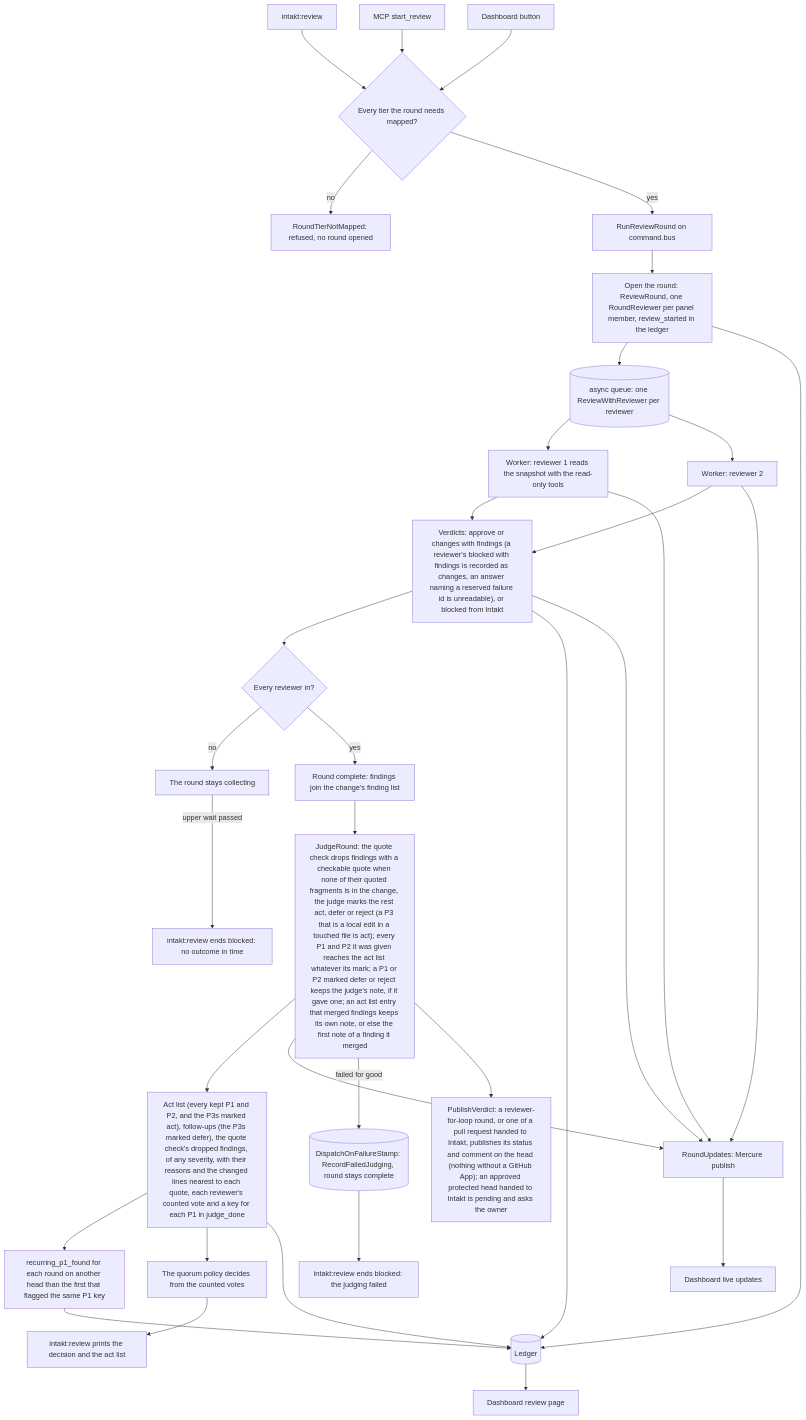
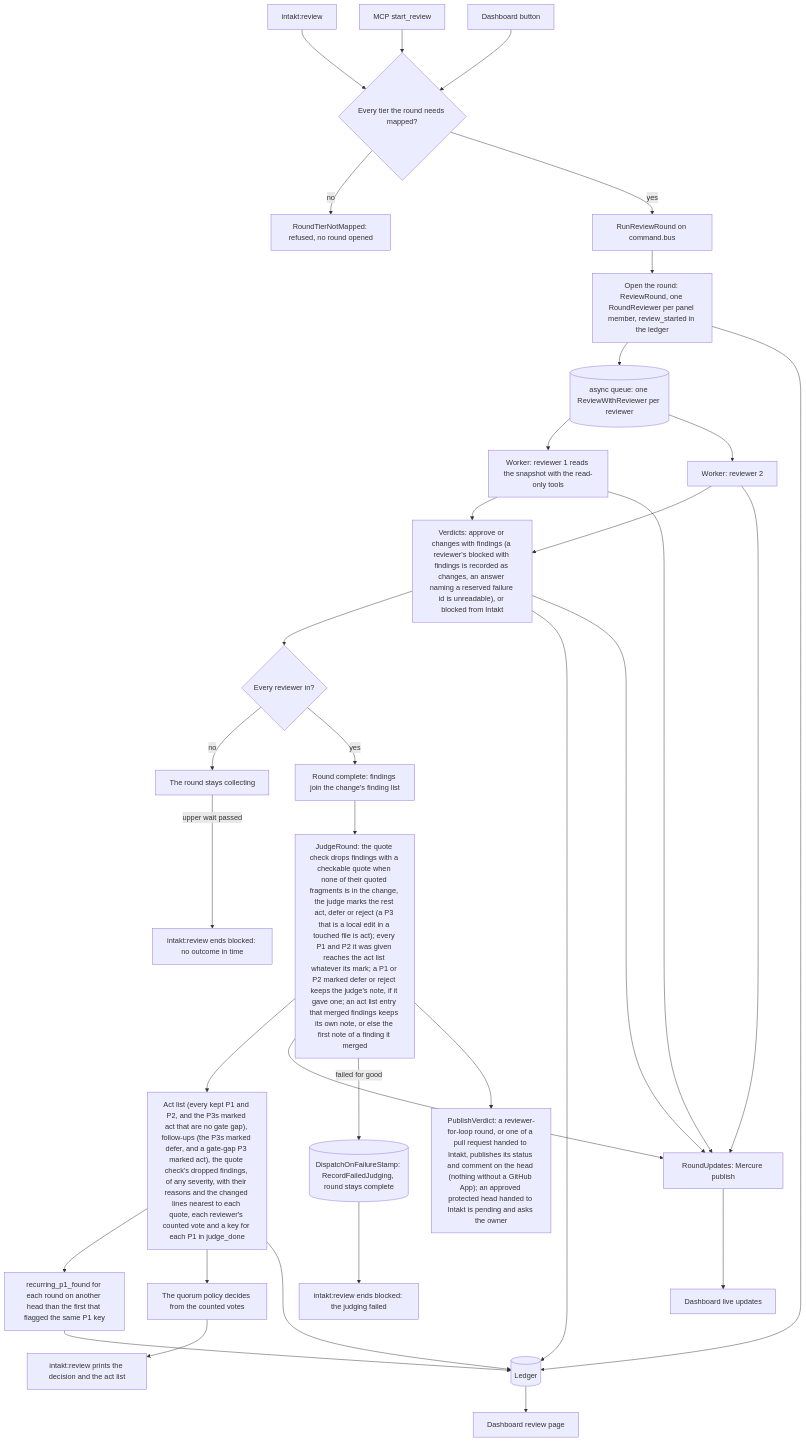
Before and after one commit to shinyredapples/intakt: the diagram in docs/architecture/review-flow.md, drawn with Mermaid. The commit also changed 1 other file, not shown here.

Commit message:
docs(review): state that a gate-gap P3 never reaches the act list in the overview

````diff
--- a/docs/architecture/review-flow.md
+++ b/docs/architecture/review-flow.md
@@ -19,35 +19,35 @@
 ```mermaid
 flowchart TD
     cli["intakt:review"] --> start
     mcp["MCP start_review"] --> start
     btn["Dashboard button"] --> start
     start{"Every tier the round needs mapped?"} -->|no| refused["RoundTierNotMapped: refused, no round opened"]
     start -->|yes| run["RunReviewRound on command.bus"] --> open["Open the round: ReviewRound, one RoundReviewer per panel member, review_started in the ledger"]
     open --> queue[("async queue: one ReviewWithReviewer per reviewer")]
     queue --> w1["Worker: reviewer 1 reads the snapshot with the read-only tools"]
     queue --> w2["Worker: reviewer 2"]
     w1 --> verdicts["Verdicts: approve or changes with findings (a reviewer's blocked with findings is recorded as changes, an answer naming a reserved failure id is unreadable), or blocked from Intakt"]
     w2 --> verdicts
     verdicts --> complete{"Every reviewer in?"}
     complete -->|no| wait["The round stays collecting"]
     complete -->|yes| collected["Round complete: findings join the change's finding list"]
     collected --> judge["JudgeRound: the quote check drops findings with a checkable quote when none of their quoted fragments is in the change, the judge marks the rest act, defer or reject (a P3 that is a local edit in a touched file is act); every P1 and P2 it was given reaches the act list whatever its mark; a P1 or P2 marked defer or reject keeps the judge's note, if it gave one; an act list entry that merged findings keeps its own note, or else the first note of a finding it merged"]
-    judge --> act["Act list (every kept P1 and P2, and the P3s marked act), follow-ups (the P3s marked defer), the quote check's dropped findings, of any severity, with their reasons and the changed lines nearest to each quote, each reviewer's counted vote and a key for each P1 in judge_done"]
+    judge --> act["Act list (every kept P1 and P2, and the P3s marked act that are no gate gap), follow-ups (the P3s marked defer, and a gate-gap P3 marked act), the quote check's dropped findings, of any severity, with their reasons and the changed lines nearest to each quote, each reviewer's counted vote and a key for each P1 in judge_done"]
     act --> recurring["recurring_p1_found for each round on another head than the first that flagged the same P1 key"]
     recurring --> ledger
     act --> quorum["The quorum policy decides from the counted votes"]
     act --> ledger[("Ledger")]
     open --> ledger
     verdicts --> ledger
     ledger --> dash["Dashboard review page"]
     w1 --> updates["RoundUpdates: Mercure publish"]
     w2 --> updates
     verdicts --> updates
     judge --> updates
     updates --> live["Dashboard live updates"]
     quorum --> out["intakt:review prints the decision and the act list"]
     judge -->|failed for good| failed[("DispatchOnFailureStamp: RecordFailedJudging, round stays complete")]
     failed --> outFailed["intakt:review ends blocked: the judging failed"]
     wait -->|upper wait passed| outLate["intakt:review ends blocked: no outcome in time"]
     judge --> publish["PublishVerdict: a reviewer-for-loop round, or one of a pull request handed to Intakt, publishes its status and comment on the head (nothing without a GitHub App); an approved protected head handed to Intakt is pending and asks the owner"]
 ```
````
